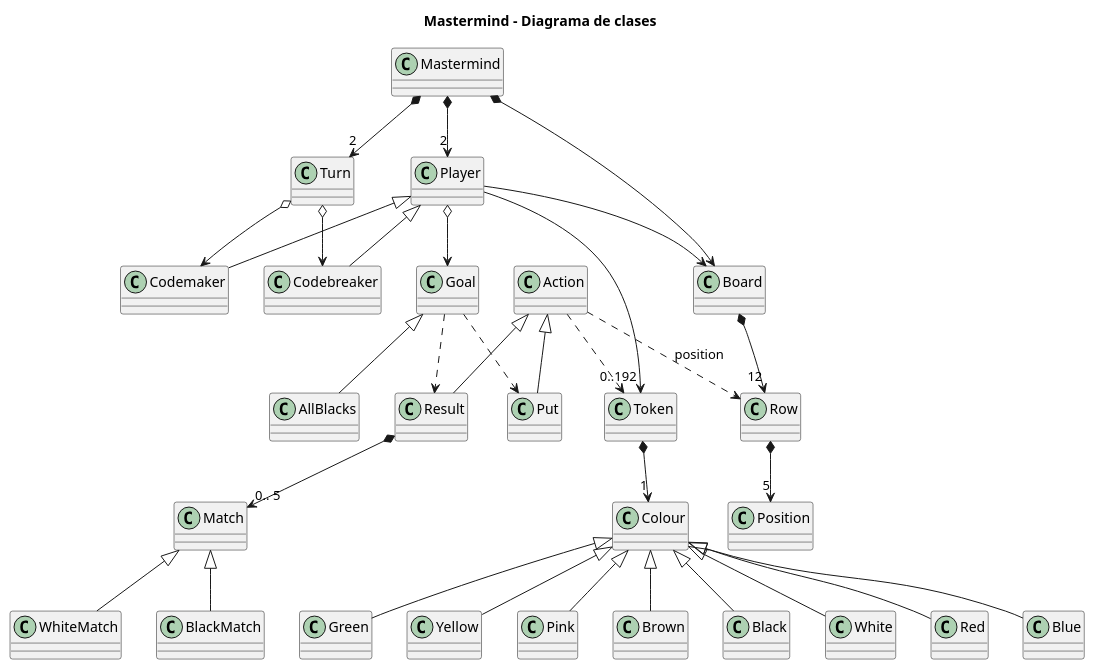
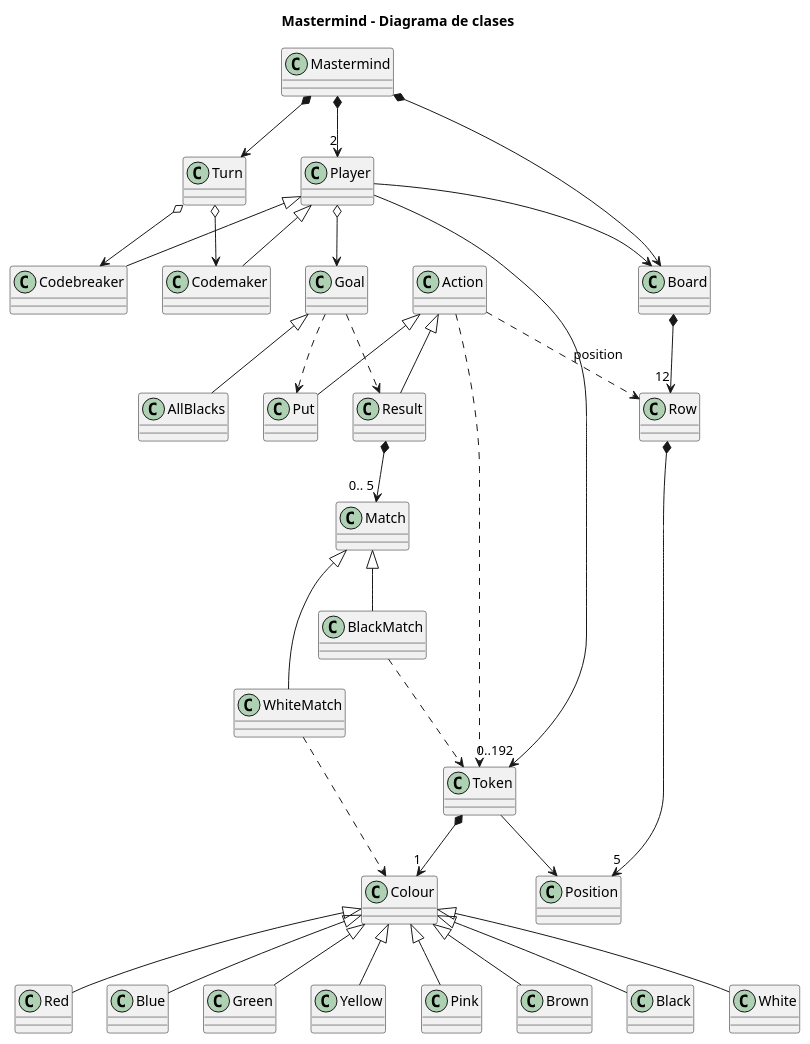
Before and after one commit to Master-Desarrollo-20-21/ejercicio-2-modelo-de-dominio-mastermind-isainz753: the diagram in classes.puml, drawn with PlantUML. The commit also changed 1 other file, not shown here.

```diff
--- a/classes.puml
+++ b/classes.puml
@@ -1,77 +1,82 @@
 @startuml
 
 title Mastermind - Diagrama de clases
 
 class Mastermind
 class Turn
 class Player
 
 class Board
 class Row
 class Position
 
 class Goal
 class AllBlacks
 
 class Action
 class Put
 class Result
 class Match
 class WhiteMatch
 class BlackMatch
 
 class Token
 class Colour
 class Red
 class Blue
 class Green
 class Yellow
 class Pink
 class Brown
 class Black
 class White
 
-Mastermind *--> "2" Turn
+Mastermind *--> Turn
 Mastermind *--> "2" Player
 Mastermind *--> Board
 
 Board *--> "12" Row
 Row *--> "5" Position
 
 Action <|-- Put
 Action <|-- Result
 Action ..> Row : position
 Action ..> Token
 
 Goal <|-- AllBlacks
 Goal ..> Put
 Goal ..> Result
 
 Player o-down-> Goal
 Player --> "0..192" Token
 Player --> Board
 
 Token *--> "1" Colour
 Colour <|-- Red
 Colour <|-- Blue
 Colour <|-- Green
 Colour <|-- Yellow
 Colour <|-- Pink
 Colour <|-- Brown
 Colour <|-- Black
 Colour <|-- White
 
+Token --> Position
+
 
 Result *--> "0.. 5" Match 
 
 Match <|-- WhiteMatch
 Match <|-- BlackMatch
+
+WhiteMatch ..> Colour
+BlackMatch ..> Token
 
 Player <|-- Codemaker
 Player <|-- Codebreaker
 
 Turn o-->  Codemaker
 Turn o-->  Codebreaker
 
 
 @enduml
```
